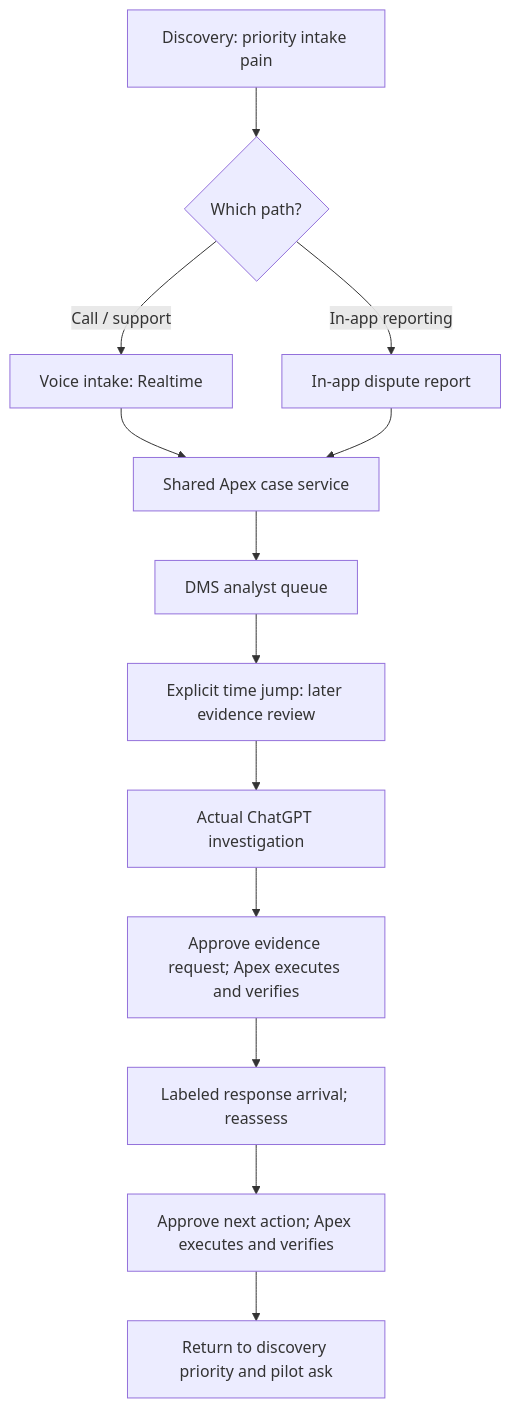
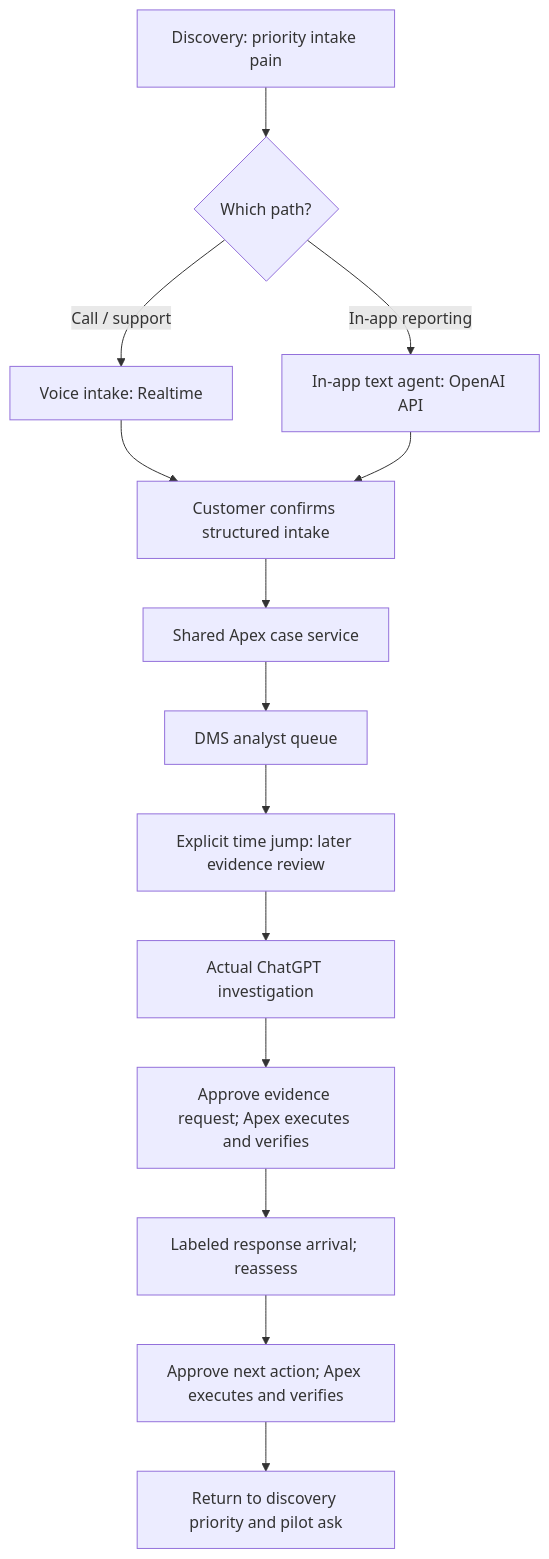
The diagram in docs/discovery-and-outcomes.md (buildtheo/apex_demo), drawn with Mermaid before and after one commit. The commit also changed other lines of this file, not shown here.

Commit message:
Lock discovery-selected voice or API text intake plus ChatGPT analyst demo

````diff
--- a/docs/discovery-and-outcomes.md
+++ b/docs/discovery-and-outcomes.md
@@ -28,15 +32,16 @@
 ```mermaid
 flowchart TD
     A["Discovery: priority intake pain"] --> B{"Which path?"}
     B -->|"Call / support"| C["Voice intake: Realtime"]
-    B -->|"In-app reporting"| D["In-app dispute report"]
-    C --> E["Shared Apex case service"]
-    D --> E
+    B -->|"In-app reporting"| D["In-app text agent: OpenAI API"]
+    C --> M["Customer confirms structured intake"]
+    D --> M
+    M --> E["Shared Apex case service"]
     E --> F["DMS analyst queue"]
     F --> G["Explicit time jump: later evidence review"]
     G --> H["Actual ChatGPT investigation"]
     H --> I["Approve evidence request; Apex executes and verifies"]
     I --> J["Labeled response arrival; reassess"]
     J --> K["Approve next action; Apex executes and verifies"]
     K --> L["Return to discovery priority and pilot ask"]
 ```
````
